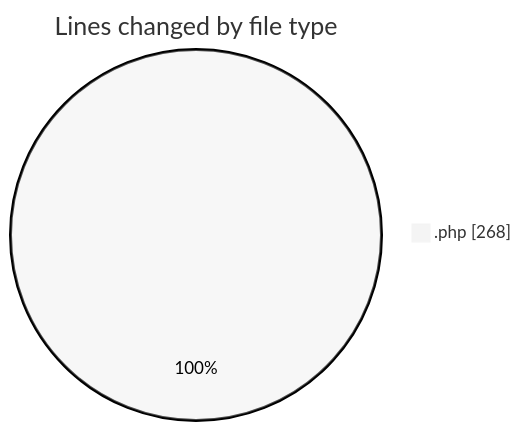
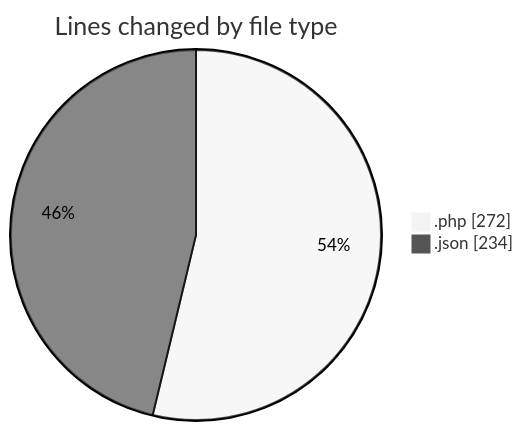
One commit to idhammustaqopulfikri/code-tracking changed the first of 2 diagrams in 2025-04-19/autodidak/README.md. Above: the diagram before and after it, drawn with Mermaid (neutral theme). The commit also changed other lines of this file and 1 other file, not shown here.

````diff
--- a/2025-04-19/autodidak/README.md
+++ b/2025-04-19/autodidak/README.md
@@ -24,5 +25,6 @@
 ```mermaid
 pie showData
 title Lines changed by file type
-".php" : 268
+".php" : 272
+".json" : 234
 ```
````
